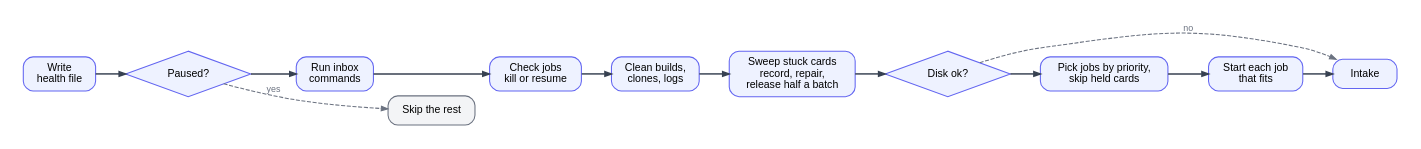
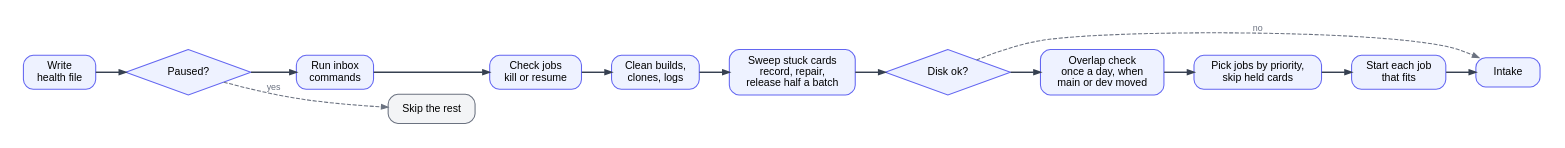
Before and after one commit to ROAM-game-org/road-machiners: the diagram in factory/docs/diagrams/tick.dot, drawn with Graphviz. The commit also changed 9 other files, not shown here.

Commit message:
Wake Hermes on overlaps and document the overlap check and supersede

```diff
--- a/factory/docs/diagrams/tick.dot
+++ b/factory/docs/diagrams/tick.dot
@@ -1,15 +1,17 @@
 // One tick. Black: normal path. Grey: the tick skips steps. Intake runs last, so its failure never holds back a job.
 // The stuck sweep runs on the board the tick read, and its crash never holds back the jobs.
+// The overlap check reads git once a day when main or dev moved, writes lines for Hermes, and its crash never holds back the jobs.
 digraph tick {
   rankdir=LR; nodesep=0.3; ranksep=0.5; bgcolor=white; pad=0.3;
   node [shape=box, style="rounded,filled", fillcolor="#eef2ff", color="#6366f1", fontname="Helvetica", fontsize=13, margin="0.15,0.1", penwidth=1.3, width=1.1];
   edge [color="#374151", penwidth=1.8, arrowsize=0.8, fontname="Helvetica", fontsize=11];
   H [label="Write\nhealth file"]; Q [label="Paused?", shape=diamond, style=filled, width=1.1]; IN [label="Run inbox\ncommands"];
   J [label="Check jobs\nkill or resume"]; K [label="Intake"]; CL [label="Clean builds,\nclones, logs"];
   SW [label="Sweep stuck cards\nrecord, repair,\nrelease half a batch"];
   DSK [label="Disk ok?", shape=diamond, style=filled, width=1.1]; PK [label="Pick jobs by priority,\nskip held cards"]; ST [label="Start each job\nthat fits"];
+  OV [label="Overlap check\nonce a day, when\nmain or dev moved"];
   STOP [label="Skip the rest", fillcolor="#f3f4f6", color="#6b7280"];
-  H -> Q -> IN -> J -> CL -> SW -> DSK -> PK -> ST -> K [weight=100];
+  H -> Q -> IN -> J -> CL -> SW -> DSK -> OV -> PK -> ST -> K [weight=100];
   edge [color="#6b7280", fontcolor="#6b7280", style=dashed, penwidth=1.3, weight=0];
   Q -> STOP [label="yes"]; DSK -> K [label="no"];
 }
```
